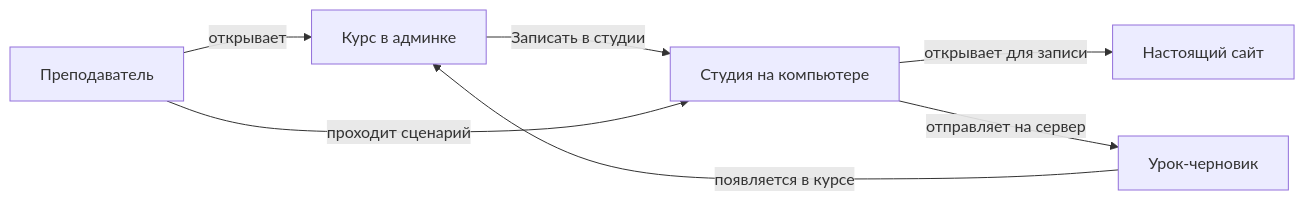
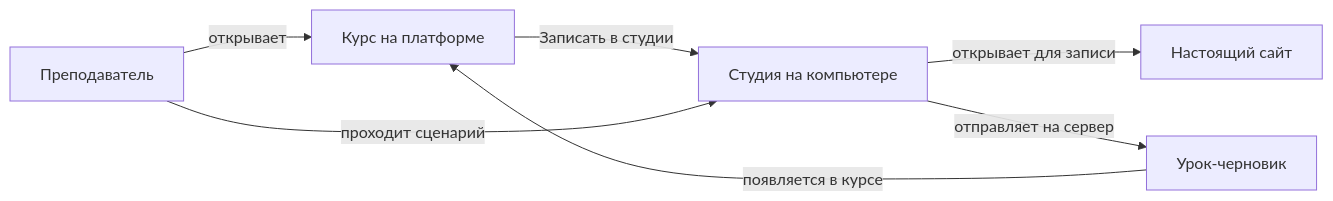
The diagram in docs/studio-design-document.md (stasmakarov/ui-capture), drawn with Mermaid before and after one commit. The commit also changed other lines of this file and 30 other files, not shown here.

````diff
--- a/docs/studio-design-document.md
+++ b/docs/studio-design-document.md
@@ -52,9 +52,9 @@
 ```mermaid
 flowchart LR
-  T[Преподаватель] -->|открывает| C[Курс в админке]
+  T[Преподаватель] -->|открывает| C[Курс на платформе]
   C -->|Записать в студии| ST[Студия на компьютере]
   ST -->|открывает для записи| S[Настоящий сайт]
   T -->|проходит сценарий| ST
   ST -->|отправляет на сервер| L[Урок-черновик]
   L -->|появляется в курсе| C
 ```
````
